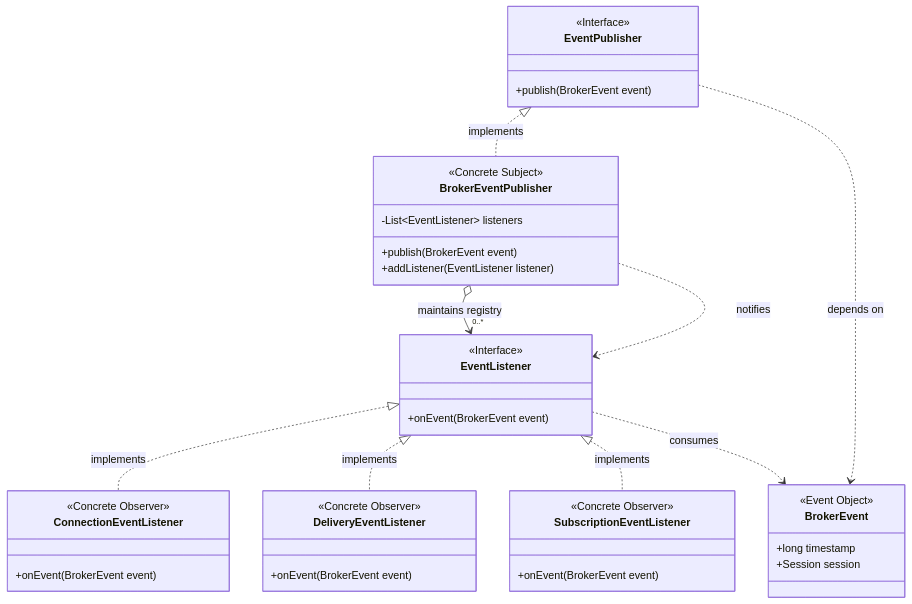
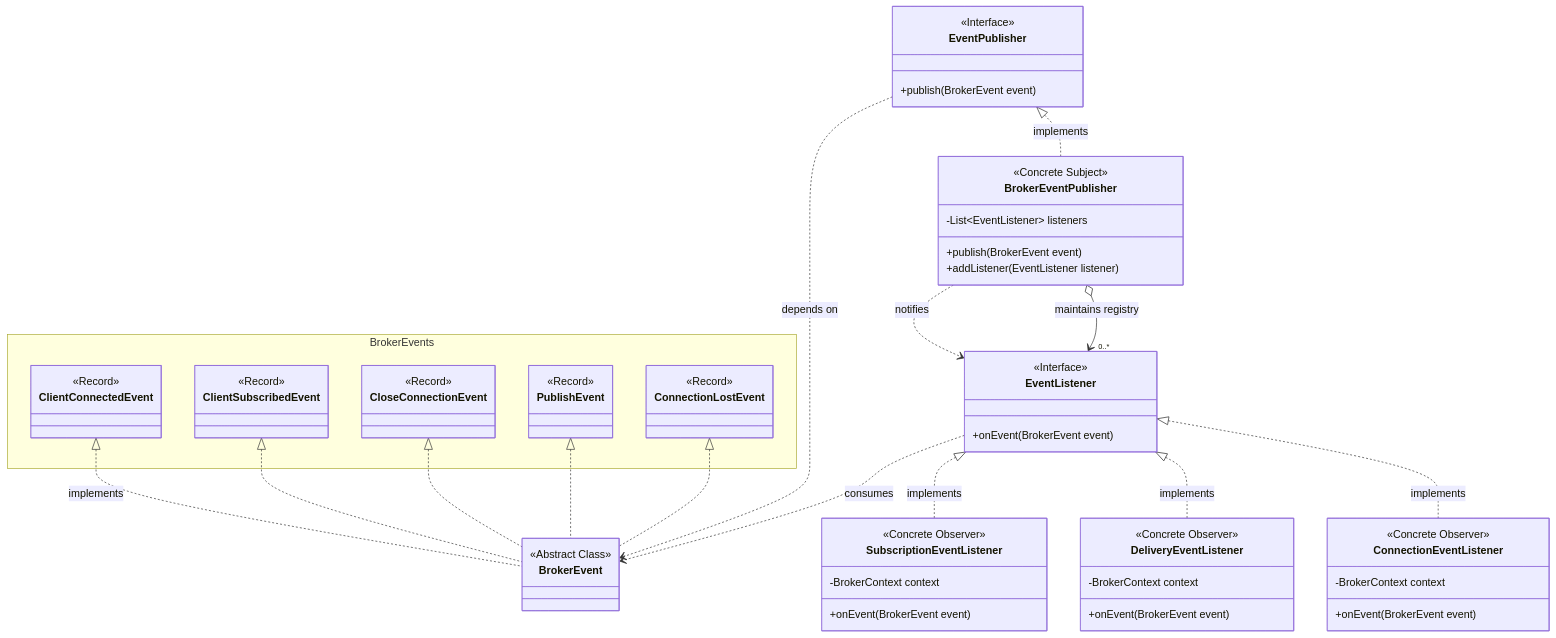
The sixth of 16 diagrams in README.md (karolbystrek/mqtt-broker), drawn with Mermaid before and after one commit. The commit also changed other lines of this file, not shown here.

Commit message:
update README.md with corrected diagrams <<note class diagram and 2nd activity work in progress>>

````diff
--- a/README.md
+++ b/README.md
@@ -314,59 +331,76 @@
 ```mermaid
 classDiagram
+    
     %% --- Interfaces ---
     class EventPublisher {
         <<Interface>>
         +publish(BrokerEvent event)
     }
 
     class EventListener {
         <<Interface>>
         +onEvent(BrokerEvent event)
     }
 
     %% --- Concrete Implementations ---
     class BrokerEventPublisher {
         <<Concrete Subject>>
         -List~EventListener~ listeners
         +publish(BrokerEvent event)
         +addListener(EventListener listener)
     }
 
     class ConnectionEventListener {
         <<Concrete Observer>>
+        -BrokerContext context
         +onEvent(BrokerEvent event)
     }
     class DeliveryEventListener {
         <<Concrete Observer>>
+        -BrokerContext context
         +onEvent(BrokerEvent event)
     }
     class SubscriptionEventListener {
         <<Concrete Observer>>
+        -BrokerContext context
         +onEvent(BrokerEvent event)
     }
 
     %% --- Event Object ---
     class BrokerEvent {
-        <<Event Object>>
-        +long timestamp
-        +Session session
+        <<Abstract Class>>
+    }
+    namespace BrokerEvents {
+        
+        class ClientConnectedEvent {<<Record>>}
+        class ClientSubscribedEvent {<<Record>>}
+        class CloseConnectionEvent {<<Record>>}
+        class PublishEvent {<<Record>>}
+        class ConnectionLostEvent {<<Record>>}
     }
 
     %% --- Relationships with explicit labels ---
     
     %% Realization (Implements)
     EventPublisher <|.. BrokerEventPublisher : implements
     EventListener <|.. ConnectionEventListener : implements
     EventListener <|.. DeliveryEventListener : implements
     EventListener <|.. SubscriptionEventListener : implements
+
+
+    ClientConnectedEvent <|.. BrokerEvent : implements
+    ClientSubscribedEvent <|.. BrokerEvent
+    CloseConnectionEvent <|.. BrokerEvent
+    PublishEvent <|.. BrokerEvent
+    ConnectionLostEvent <|.. BrokerEvent
 
     %% Aggregation (Has-a list of)
     BrokerEventPublisher o--> "0..*" EventListener : maintains registry
 
     %% Dependency (Uses)
     EventPublisher ..> BrokerEvent : depends on
     EventListener ..> BrokerEvent : consumes
     
     %% Note: The Subject notifies the Observer via the Interface
     BrokerEventPublisher ..> EventListener : notifies
 ```
````
